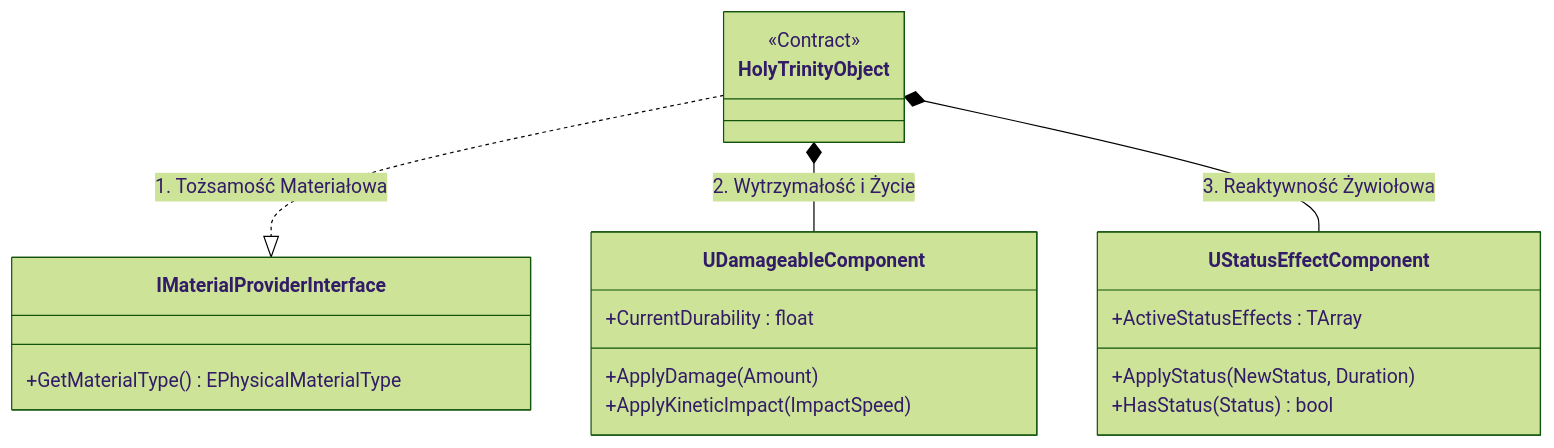
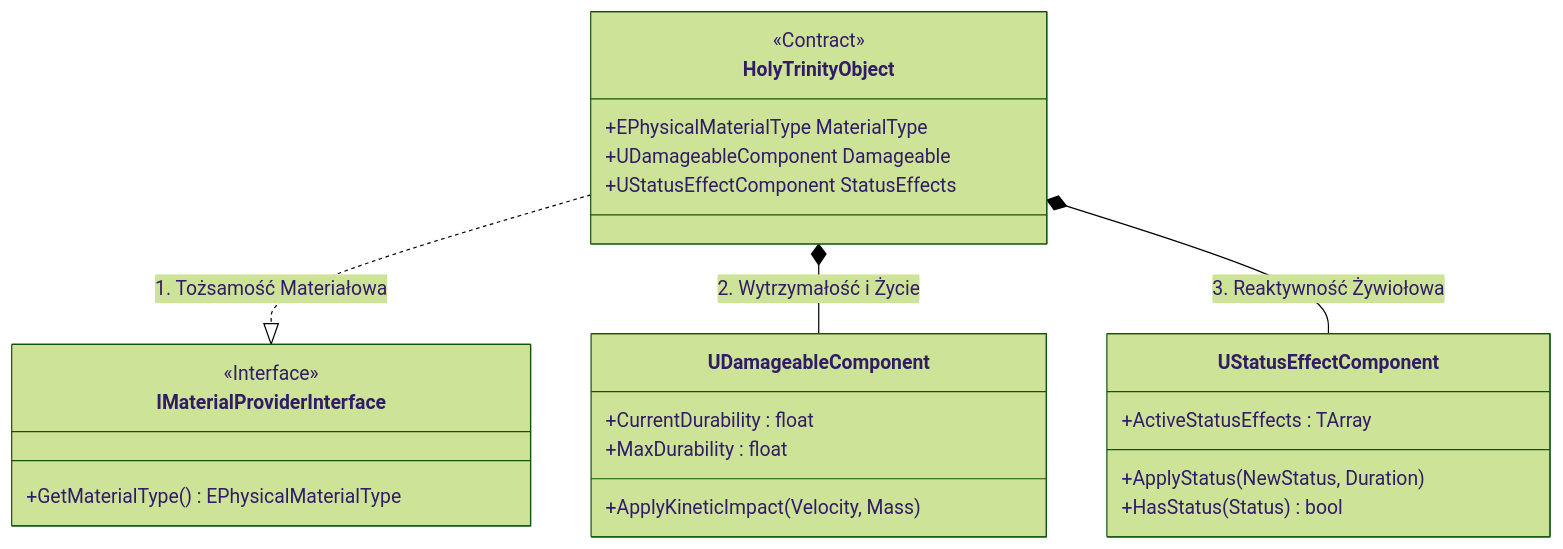
One commit to MoistAbes/DungeonCrawler changed the first of 2 diagrams in .context/ARCHITECTURE.md. Above: the diagram before and after it, drawn with Mermaid (forest theme). The commit also changed other lines of this file and 2 other files, not shown here.

````diff
--- a/.context/ARCHITECTURE.md
+++ b/.context/ARCHITECTURE.md
@@ -101,23 +105,27 @@
 ```mermaid
 classDiagram
     class HolyTrinityObject {
         <<Contract>>
+        +EPhysicalMaterialType MaterialType
+        +UDamageableComponent Damageable
+        +UStatusEffectComponent StatusEffects
     }
     class IMaterialProviderInterface {
+        <<Interface>>
         +GetMaterialType() EPhysicalMaterialType
     }
     class UDamageableComponent {
         +CurrentDurability : float
-        +ApplyDamage(Amount)
-        +ApplyKineticImpact(ImpactSpeed)
+        +MaxDurability : float
+        +ApplyKineticImpact(Velocity, Mass)
     }
     class UStatusEffectComponent {
         +ActiveStatusEffects : TArray
         +ApplyStatus(NewStatus, Duration)
         +HasStatus(Status) bool
     }
 
     HolyTrinityObject ..|> IMaterialProviderInterface : 1. Tożsamość Materiałowa
     HolyTrinityObject *-- UDamageableComponent : 2. Wytrzymałość i Życie
     HolyTrinityObject *-- UStatusEffectComponent : 3. Reaktywność Żywiołowa
 ```
````
